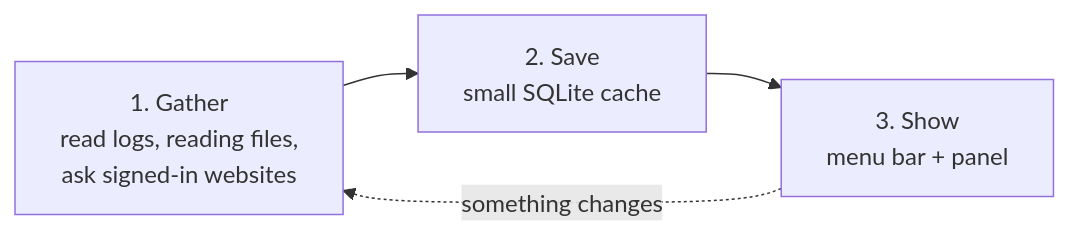
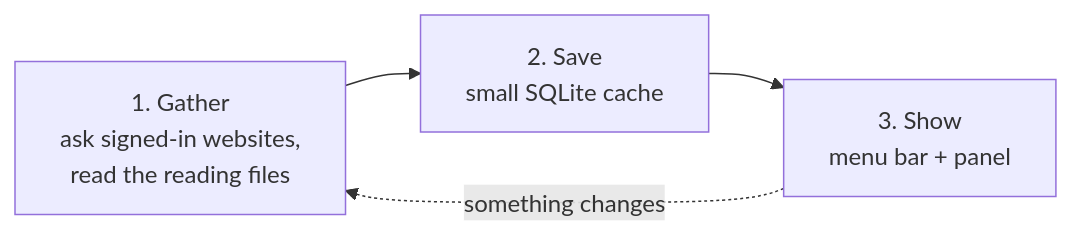
One commit to PrajwalSR/ai_usage_meter changed the first of 6 diagrams in docs/ARCHITECTURE.md. Above: the diagram before and after it, drawn with Mermaid. The commit also changed other lines of this file and 24 other files, not shown here.

First line of the commit message:
Read ChatGPT usage only from chatgpt.com; stop reading Codex logs

````diff
--- a/docs/ARCHITECTURE.md
+++ b/docs/ARCHITECTURE.md
@@ -9,5 +9,5 @@
 ```mermaid
 flowchart LR
-    G["1. Gather<br/>read logs, reading files,<br/>ask signed-in websites"] --> S["2. Save<br/>small SQLite cache"] --> D["3. Show<br/>menu bar + panel"]
+    G["1. Gather<br/>ask signed-in websites,<br/>read the reading files"] --> S["2. Save<br/>small SQLite cache"] --> D["3. Show<br/>menu bar + panel"]
     D -.->|"something changes"| G
 ```
````
